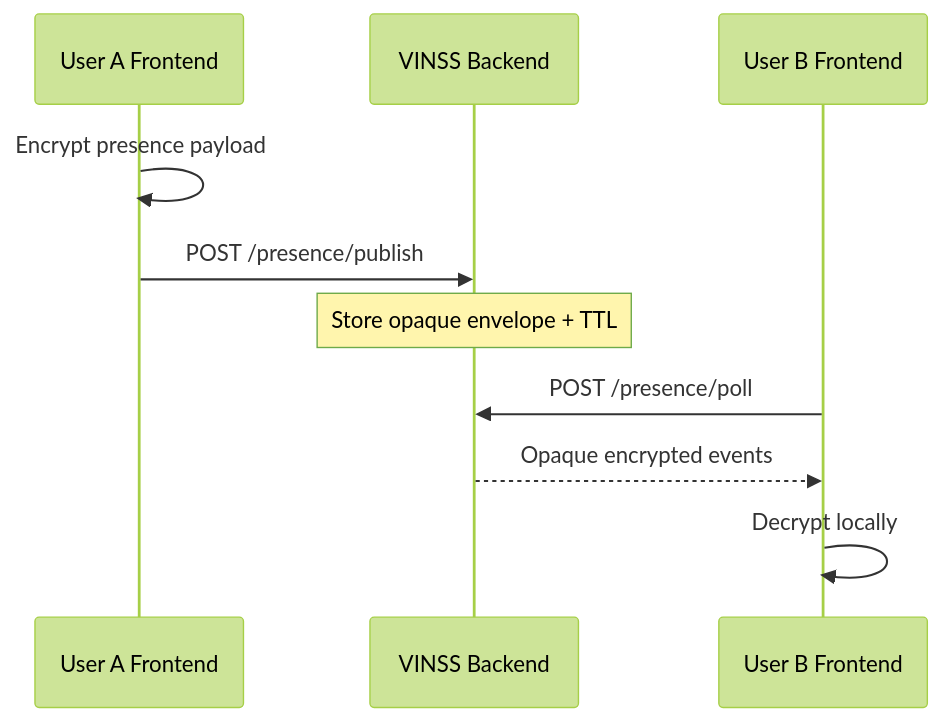
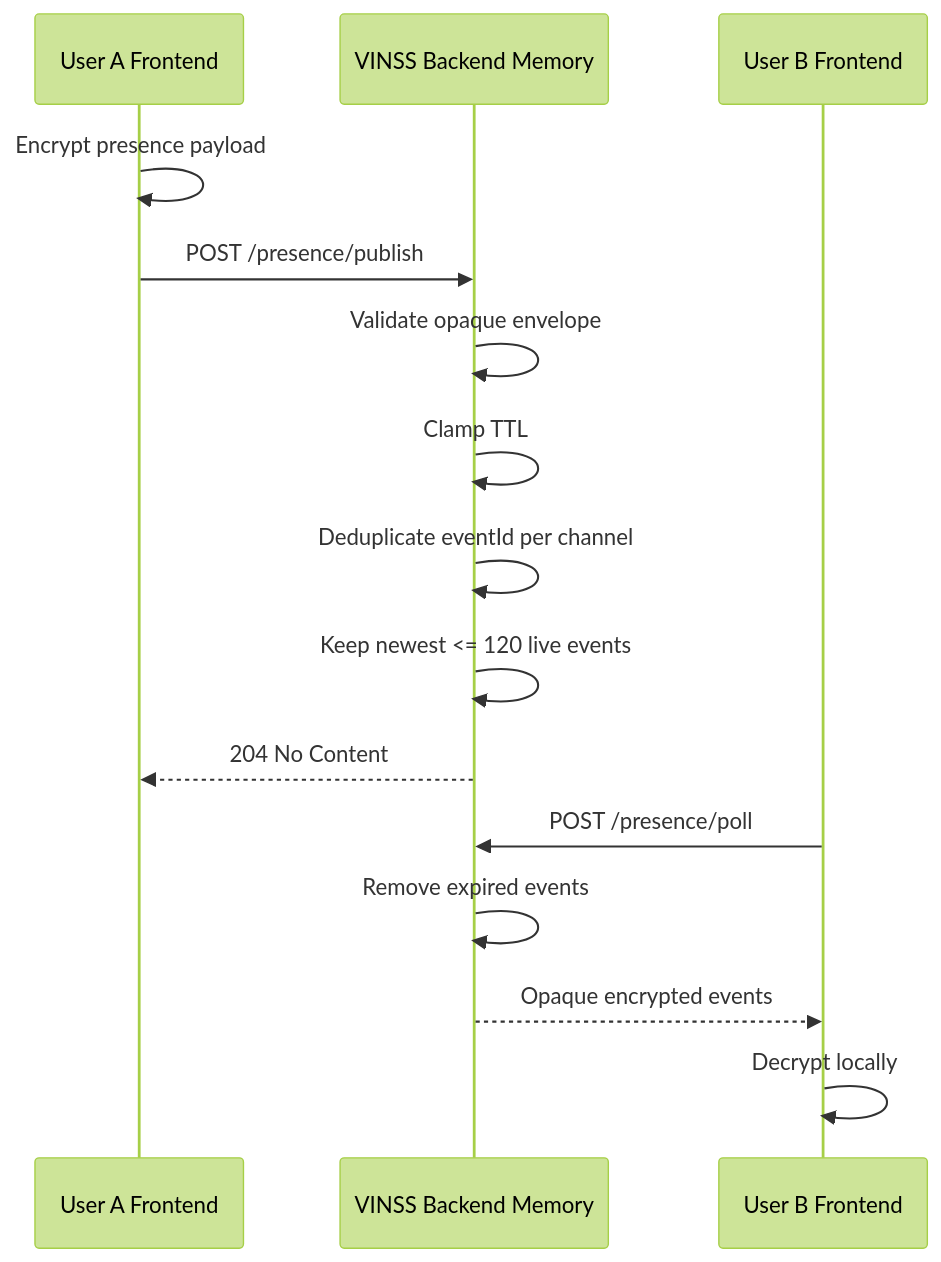
Before and after one commit to DXJLabs/vinss: diagram 12 of 21 in docs/technical/backend/backend-interaction-flow.md, drawn with Mermaid (forest theme). The commit also changed other lines of this file and 15 other files, not shown here.

Commit message:
docs(backend): align technical documentation with current runtime architecture

````diff
--- a/docs/technical/backend/backend-interaction-flow.md
+++ b/docs/technical/backend/backend-interaction-flow.md
@@ -80,13 +1007,19 @@
 ```mermaid
 sequenceDiagram
     participant A as User A Frontend
-    participant B as VINSS Backend
+    participant B as VINSS Backend Memory
     participant C as User B Frontend
 
     A->>A: Encrypt presence payload
     A->>B: POST /presence/publish
-    Note over B: Store opaque envelope + TTL
+    B->>B: Validate opaque envelope
+    B->>B: Clamp TTL
+    B->>B: Deduplicate eventId per channel
+    B->>B: Keep newest <= 120 live events
+    B-->>A: 204 No Content
+
     C->>B: POST /presence/poll
+    B->>B: Remove expired events
     B-->>C: Opaque encrypted events
     C->>C: Decrypt locally
 ```
````
